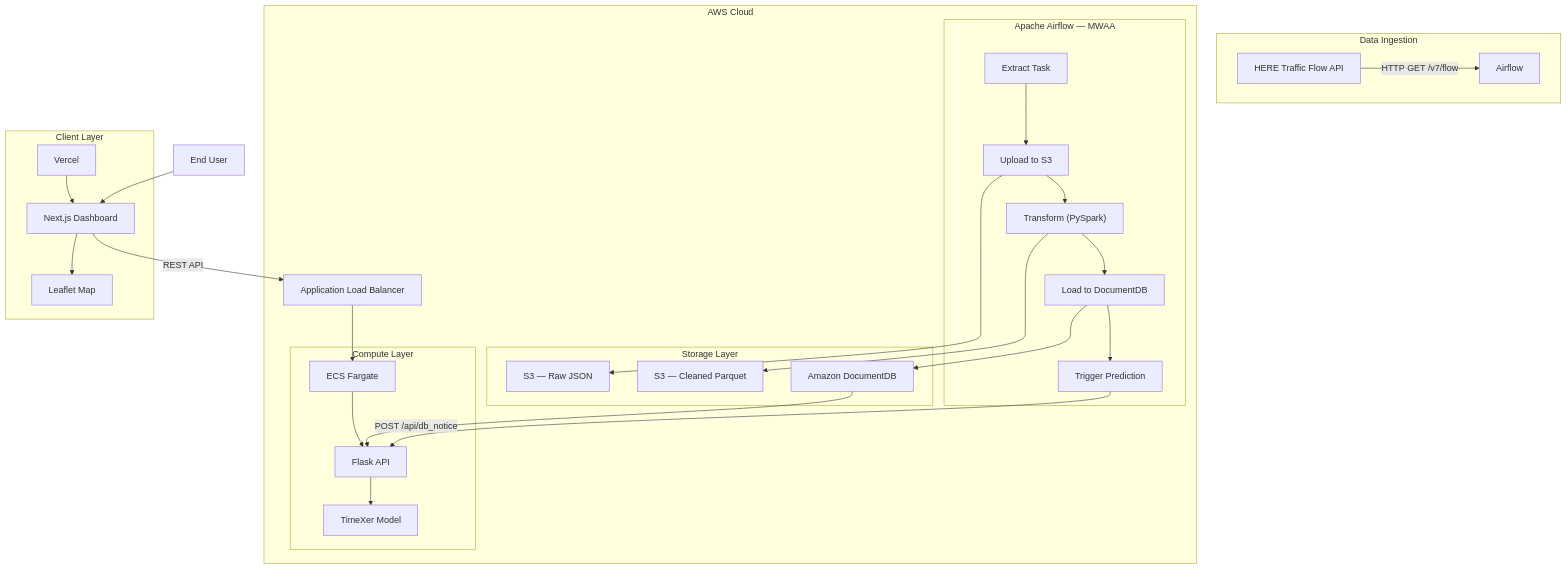
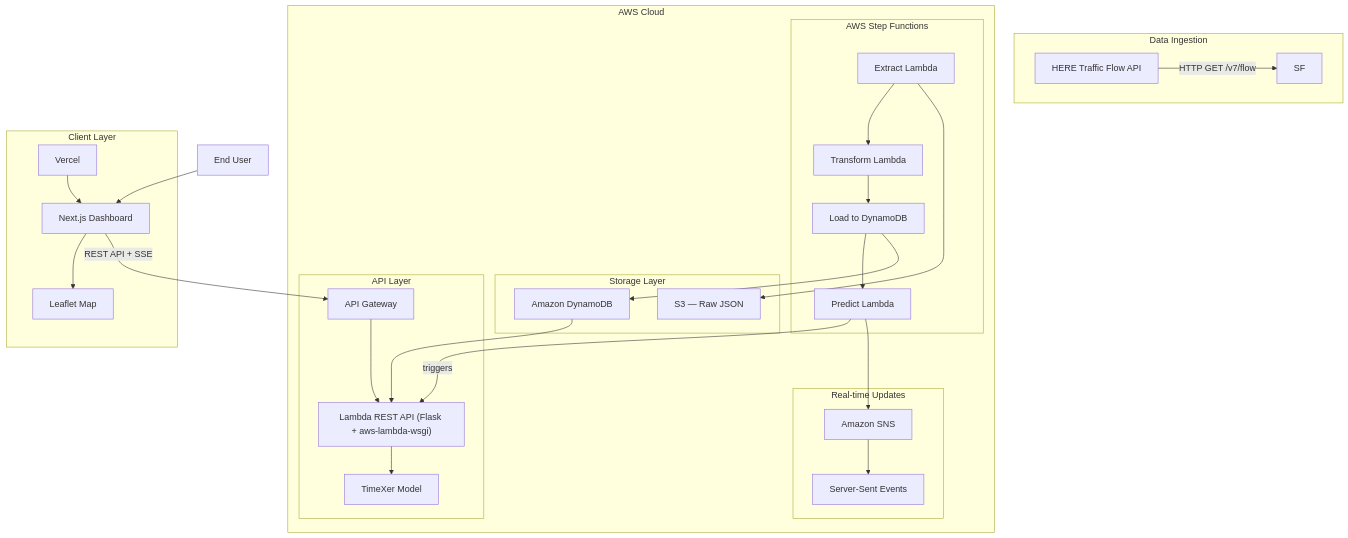
The first of 2 diagrams in docs/architecture.md (vinhky123/TrafficPredictor), drawn with Mermaid before and after one commit. The commit also changed other lines of this file and 1 other file, not shown here.

Commit message:
docs: update architecture doc for serverless arch

````diff
--- a/docs/architecture.md
+++ b/docs/architecture.md
@@ -17,53 +33,54 @@
 ```mermaid
 flowchart TB
   subgraph ingestion [Data Ingestion]
     HERE["HERE Traffic Flow API"]
-    HERE -->|"HTTP GET /v7/flow"| Airflow
+    HERE -->|"HTTP GET /v7/flow"| SF
   end
 
   subgraph aws [AWS Cloud]
-    subgraph airflow [Apache Airflow — MWAA]
-      Extract["Extract Task"]
-      Upload["Upload to S3"]
-      Transform["Transform (PySpark)"]
-      Load["Load to DocumentDB"]
-      Predict["Trigger Prediction"]
-      Extract --> Upload --> Transform --> Load --> Predict
+    subgraph stepfunction [AWS Step Functions]
+      Extract["Extract Lambda"]
+      Transform["Transform Lambda"]
+      Load["Load to DynamoDB"]
+      Predict["Predict Lambda"]
+      Extract --> Transform --> Load --> Predict
     end
 
     subgraph storage [Storage Layer]
-      S3Raw["S3 — Raw JSON"]
-      S3Clean["S3 — Cleaned Parquet"]
-      DocDB["Amazon DocumentDB"]
+      DynDB["Amazon DynamoDB"]
+      S3["S3 — Raw JSON"]
     end
 
-    Upload --> S3Raw
-    Transform --> S3Clean
-    Load --> DocDB
+    Extract --> S3
+    Load --> DynDB
 
-    subgraph compute [Compute Layer]
-      ECS["ECS Fargate"]
-      Flask["Flask API"]
+    subgraph api [API Layer]
+      APIGW["API Gateway"]
+      Lambda["Lambda REST API (Flask + aws-lambda-wsgi)"]
       TimeXer["TimeXer Model"]
-      ECS --> Flask
-      Flask --> TimeXer
+      APIGW --> Lambda
+      Lambda --> TimeXer
     end
 
-    DocDB --> Flask
-    Predict -->|"POST /api/db_notice"| Flask
+    DynDB --> Lambda
+    Predict -->|triggers| Lambda
 
-    ALB["Application Load Balancer"]
-    ALB --> ECS
+    subgraph realtime [Real-time Updates]
+      SNS["Amazon SNS"]
+      SSE["Server-Sent Events"]
+    end
+
+    Predict --> SNS --> SSE
   end
 
   subgraph client [Client Layer]
     Vercel["Vercel"]
     NextJS["Next.js Dashboard"]
     Leaflet["Leaflet Map"]
     Vercel --> NextJS
     NextJS --> Leaflet
   end
 
-  NextJS -->|"REST API"| ALB
+  NextJS -->|"REST API + SSE"| APIGW
   User["End User"] --> NextJS
 ```
````
